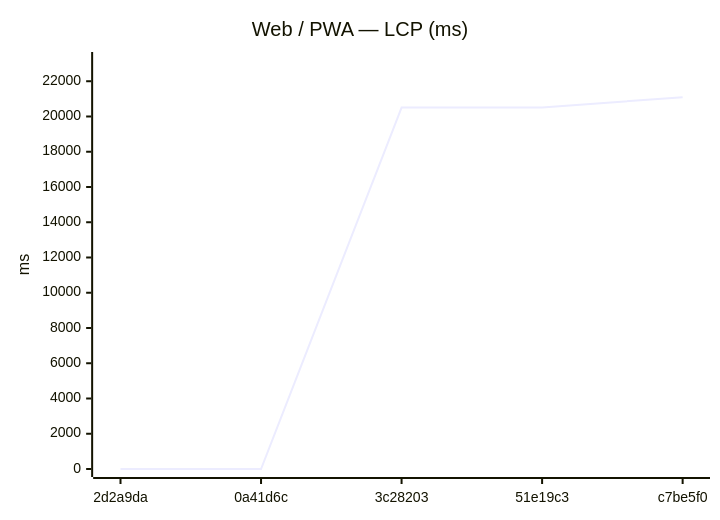
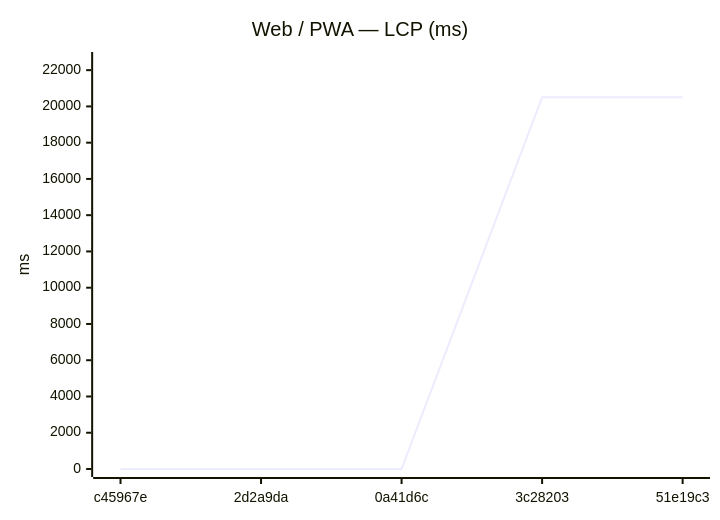
One commit to Metaheurist/Rianell changed the seventh of 18 diagrams in benchmarks/compare.md. Above: the diagram before and after it, drawn with Mermaid. The commit also changed other lines of this file and 11 other files, not shown here.

````diff
--- a/benchmarks/compare.md
+++ b/benchmarks/compare.md
@@ -117,7 +117,7 @@
 ```mermaid
 xychart-beta
     title "Web / PWA — LCP (ms)"
-    x-axis ["2d2a9da", "0a41d6c", "3c28203", "51e19c3", "c7be5f0"]
-    y-axis "ms" 0 --> 23205
-    line [0, 0, 20503, 20509, 21095]
+    x-axis ["c45967e", "2d2a9da", "0a41d6c", "3c28203", "51e19c3"]
+    y-axis "ms" 0 --> 22560
+    line [0, 0, 0, 20503, 20509]
 ```
````
